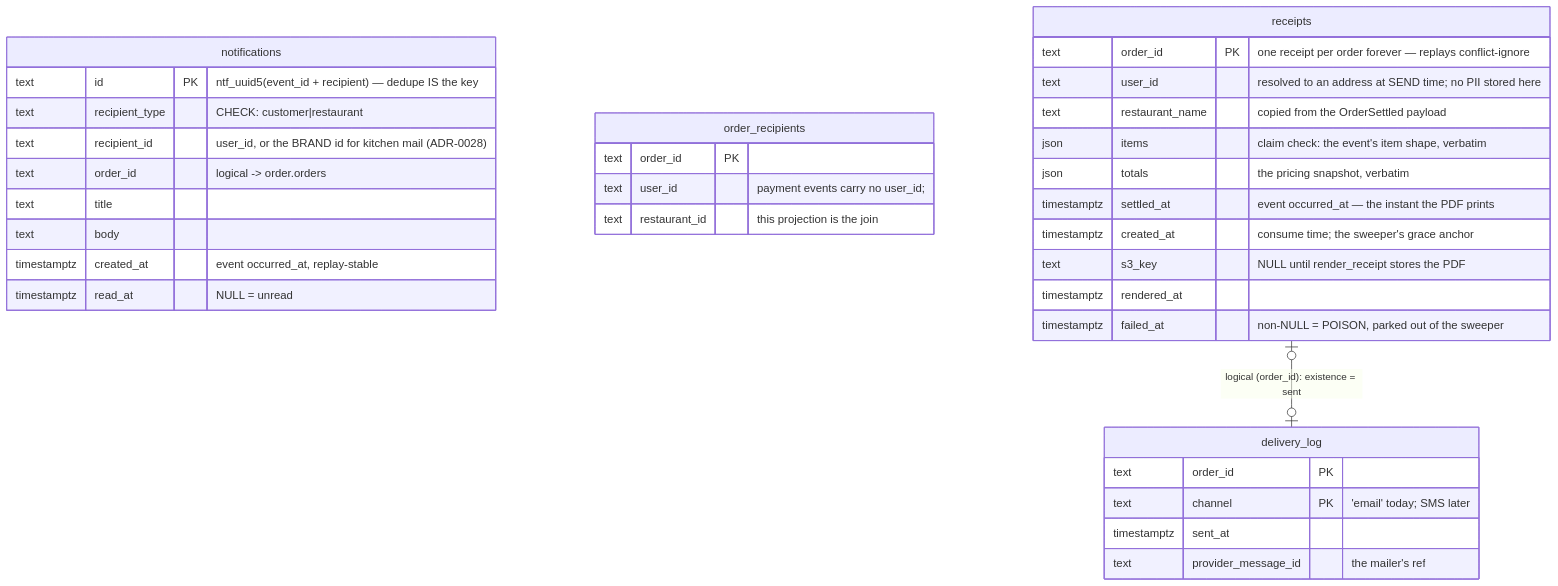
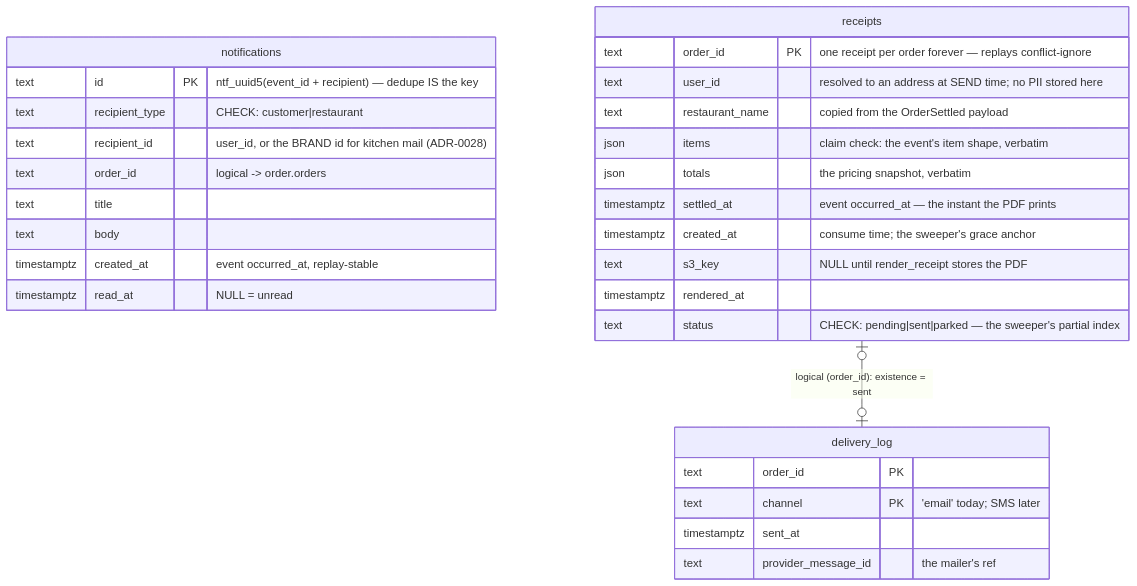
The sixth of 7 diagrams in docs/erd.md (Aizazahmed-7/SmartFoodOps), drawn with Mermaid before and after one commit. The commit also changed other lines of this file and 34 other files, not shown here.

````diff
--- a/docs/erd.md
+++ b/docs/erd.md
@@ -433,37 +433,32 @@
 ```mermaid
 erDiagram
     notifications {
         text id PK "ntf_uuid5(event_id + recipient) — dedupe IS the key"
         text recipient_type "CHECK: customer|restaurant"
         text recipient_id "user_id, or the BRAND id for kitchen mail (ADR-0028)"
         text order_id "logical -> order.orders"
         text title
         text body
         timestamptz created_at "event occurred_at, replay-stable"
         timestamptz read_at "NULL = unread"
     }
-    order_recipients {
-        text order_id PK
-        text user_id "payment events carry no user_id;"
-        text restaurant_id "this projection is the join"
-    }
     receipts {
         text order_id PK "one receipt per order forever — replays conflict-ignore"
         text user_id "resolved to an address at SEND time; no PII stored here"
         text restaurant_name "copied from the OrderSettled payload"
         json items "claim check: the event's item shape, verbatim"
         json totals "the pricing snapshot, verbatim"
         timestamptz settled_at "event occurred_at — the instant the PDF prints"
         timestamptz created_at "consume time; the sweeper's grace anchor"
         text s3_key "NULL until render_receipt stores the PDF"
         timestamptz rendered_at
-        timestamptz failed_at "non-NULL = POISON, parked out of the sweeper"
+        text status "CHECK: pending|sent|parked — the sweeper's partial index"
     }
     delivery_log {
         text order_id PK
         text channel PK "'email' today; SMS later"
         timestamptz sent_at
         text provider_message_id "the mailer's ref"
     }
     receipts |o--o| delivery_log : "logical (order_id): existence = sent"
 ```
````
